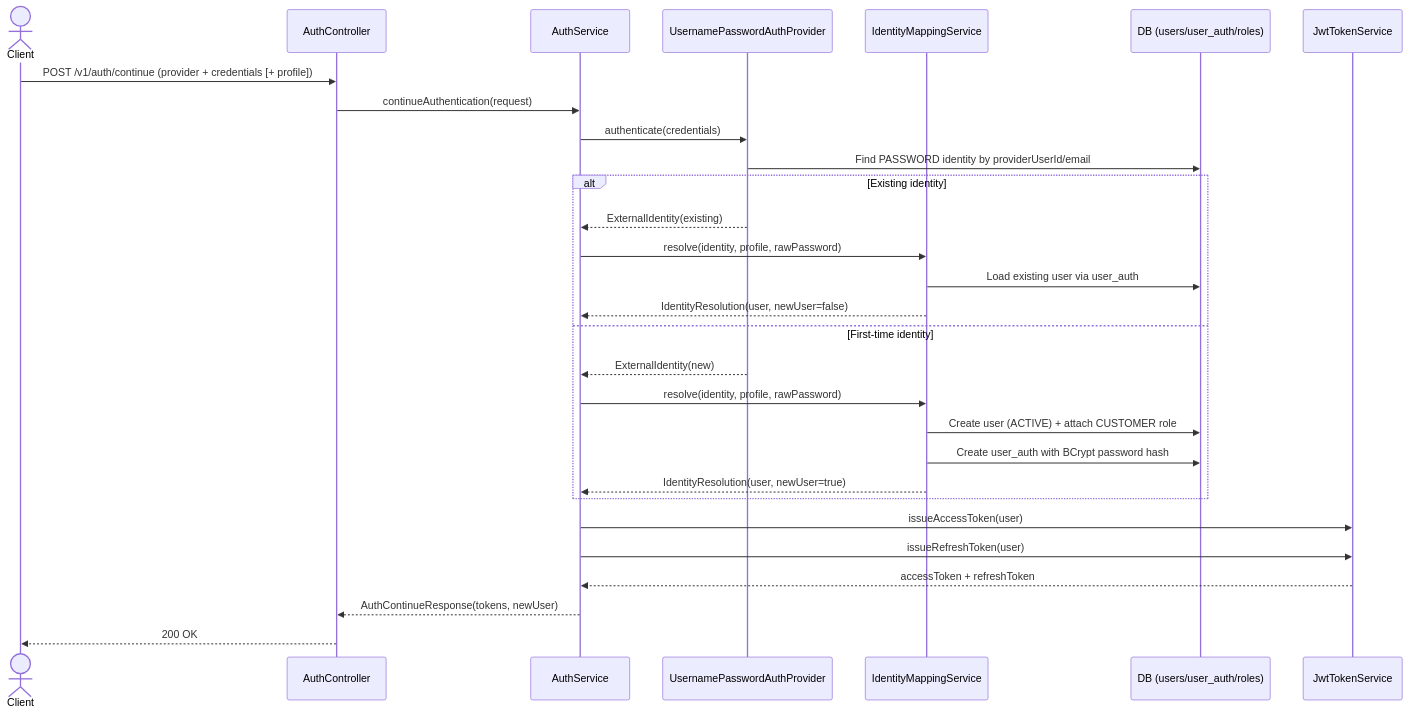
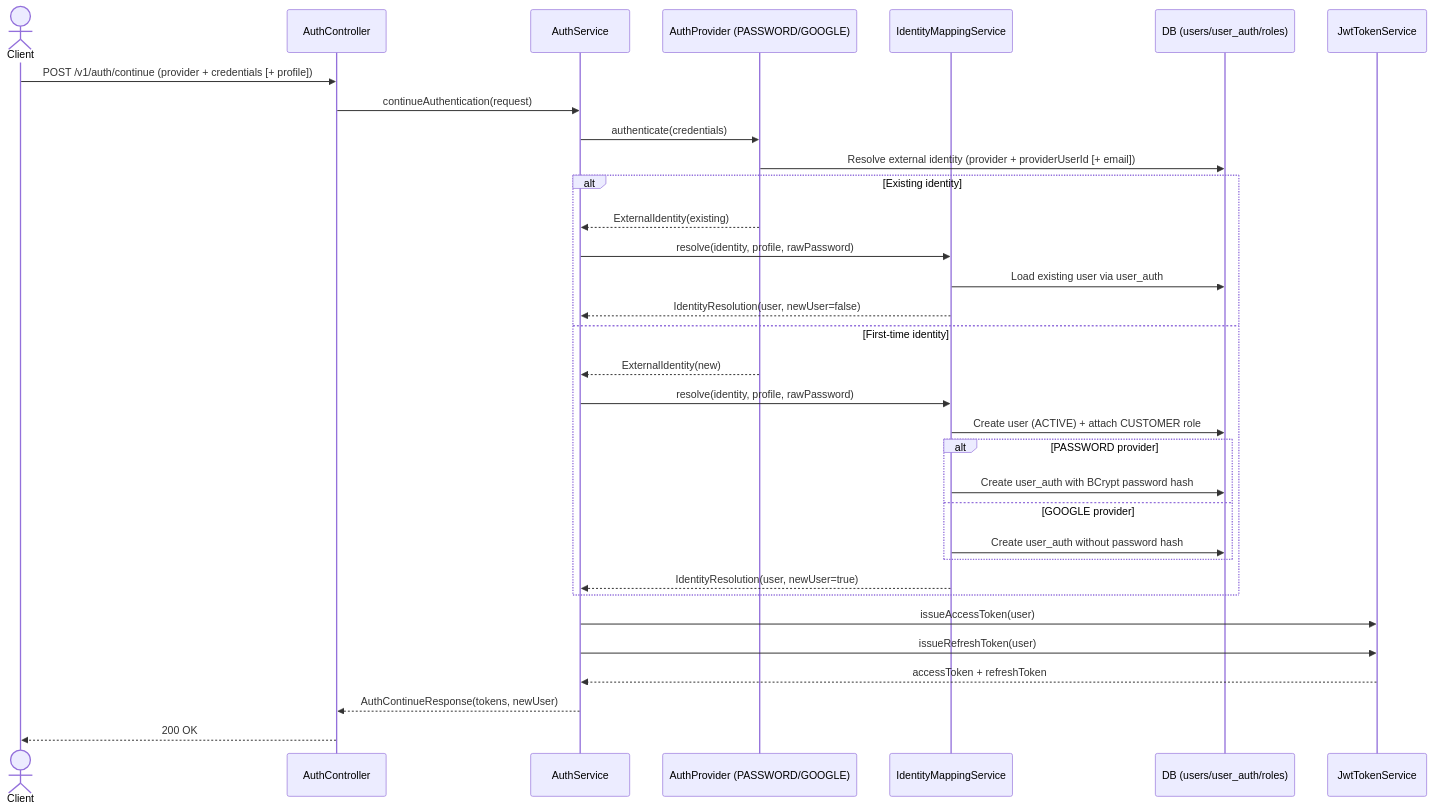
One commit to AnonimProgrammer/rentra-api changed the first of 2 diagrams in docs/security-and-auth-flow.md. Above: the diagram before and after it, drawn with Mermaid. The commit also changed other lines of this file, not shown here.

Commit message:
docs: Security and Auth flow is updated with new Provider details.

````diff
--- a/docs/security-and-auth-flow.md
+++ b/docs/security-and-auth-flow.md
@@ -42,34 +48,38 @@
 ```mermaid
 sequenceDiagram
     actor Client
     participant API as AuthController
     participant Auth as AuthService
-    participant Provider as UsernamePasswordAuthProvider
+    participant Provider as AuthProvider (PASSWORD/GOOGLE)
     participant Mapping as IdentityMappingService
     participant DB as DB (users/user_auth/roles)
     participant JWT as JwtTokenService
 
     Client->>API: POST /v1/auth/continue (provider + credentials [+ profile])
     API->>Auth: continueAuthentication(request)
     Auth->>Provider: authenticate(credentials)
-    Provider->>DB: Find PASSWORD identity by providerUserId/email
+    Provider->>DB: Resolve external identity (provider + providerUserId [+ email])
 
     alt Existing identity
         Provider-->>Auth: ExternalIdentity(existing)
         Auth->>Mapping: resolve(identity, profile, rawPassword)
         Mapping->>DB: Load existing user via user_auth
         Mapping-->>Auth: IdentityResolution(user, newUser=false)
     else First-time identity
         Provider-->>Auth: ExternalIdentity(new)
         Auth->>Mapping: resolve(identity, profile, rawPassword)
         Mapping->>DB: Create user (ACTIVE) + attach CUSTOMER role
-        Mapping->>DB: Create user_auth with BCrypt password hash
+        alt PASSWORD provider
+            Mapping->>DB: Create user_auth with BCrypt password hash
+        else GOOGLE provider
+            Mapping->>DB: Create user_auth without password hash
+        end
         Mapping-->>Auth: IdentityResolution(user, newUser=true)
     end
 
     Auth->>JWT: issueAccessToken(user)
     Auth->>JWT: issueRefreshToken(user)
     JWT-->>Auth: accessToken + refreshToken
     Auth-->>API: AuthContinueResponse(tokens, newUser)
     API-->>Client: 200 OK
 ```
````
